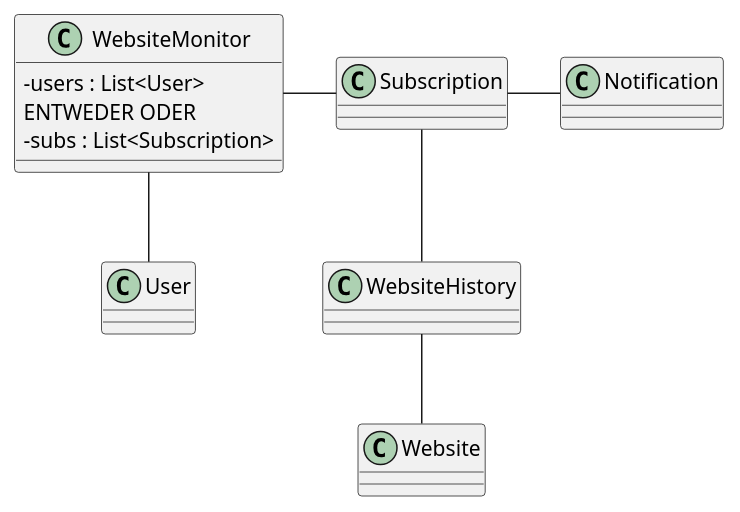
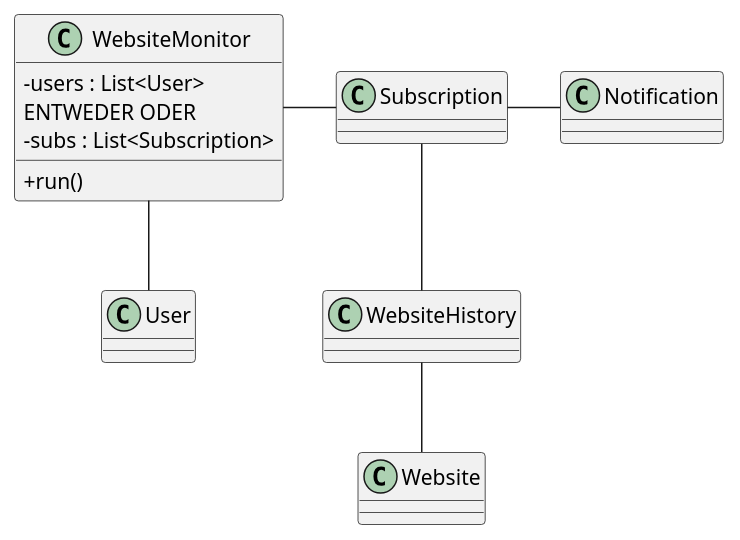
One commit to Montimare/Software-Engineering-Design changed the third of 3 diagrams in markdown/ab3/A1WebsiteMonitor.md. Above: the diagram before and after it, drawn with PlantUML. The commit also changed 1 other file, not shown here.

````diff
--- a/markdown/ab3/A1WebsiteMonitor.md
+++ b/markdown/ab3/A1WebsiteMonitor.md
@@ -54,21 +54,22 @@
 ```plantuml
 @startuml
 skinparam classAttributeIconSize 0
 class WebsiteMonitor{
     -users : List<User>
     ENTWEDER ODER
     -subs : List<Subscription>
+    +run()
 }
 class Subscription
 class User
 class Notification
 class WebsiteHistory
 class Website
 
 WebsiteMonitor -- User
 WebsiteMonitor -right- Subscription
 Subscription -right- Notification
 Subscription -- WebsiteHistory
 WebsiteHistory -- Website
 @enduml
 ```
````
